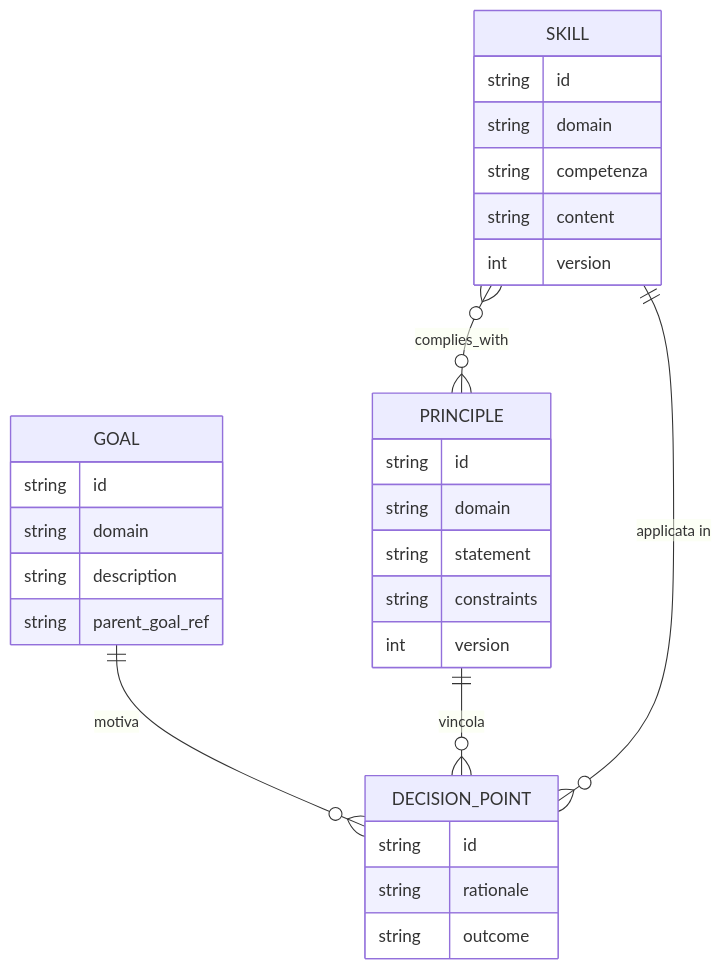
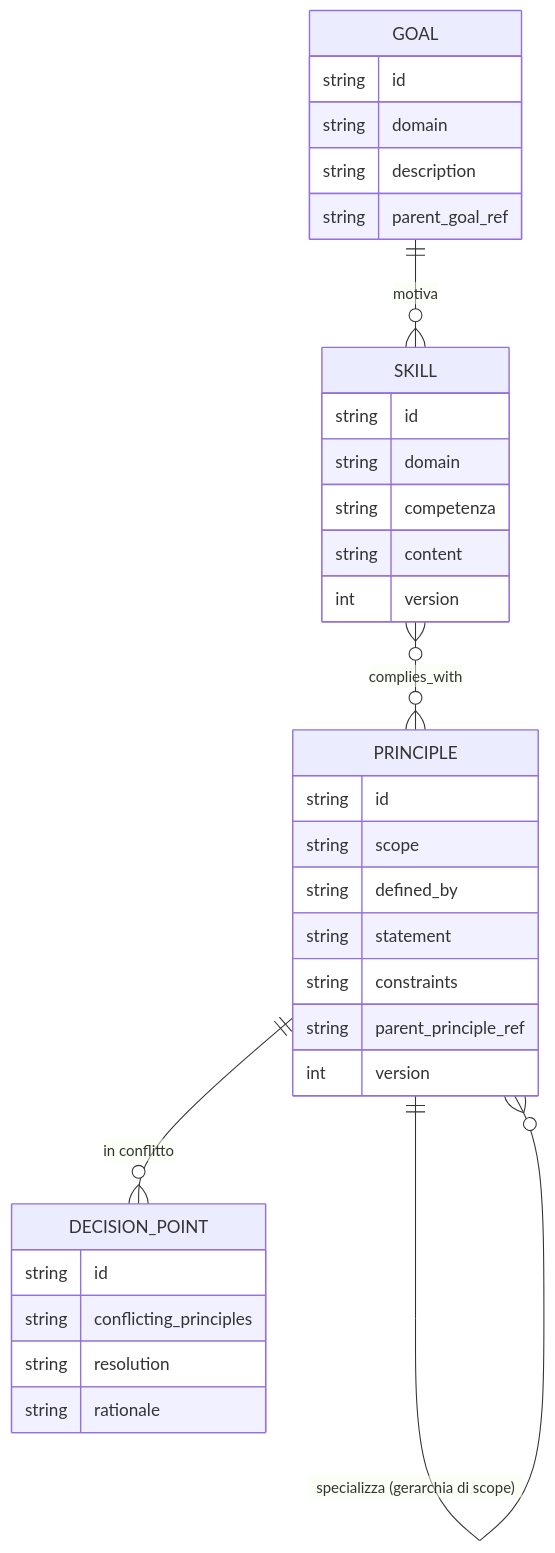
One commit to tiziano777/AI-Factory changed the second of 2 diagrams in ContextualMemoryMetagraph.md. Above: the diagram before and after it, drawn with Mermaid. The commit also changed other lines of this file, not shown here.

````diff
--- a/ContextualMemoryMetagraph.md
+++ b/ContextualMemoryMetagraph.md
@@ -73,33 +96,36 @@
 ```mermaid
 erDiagram
     GOAL {
         string id
         string domain
         string description
         string parent_goal_ref
     }
     PRINCIPLE {
         string id
-        string domain
+        string scope
+        string defined_by
         string statement
         string constraints
+        string parent_principle_ref
         int version
     }
     SKILL {
         string id
         string domain
         string competenza
         string content
         int version
     }
     DECISION_POINT {
         string id
+        string conflicting_principles
+        string resolution
         string rationale
-        string outcome
     }
 
-    GOAL ||--o{ DECISION_POINT : motiva
-    PRINCIPLE ||--o{ DECISION_POINT : vincola
-    SKILL ||--o{ DECISION_POINT : "applicata in"
+    GOAL ||--o{ SKILL : motiva
+    PRINCIPLE ||--o{ PRINCIPLE : "specializza (gerarchia di scope)"
+    PRINCIPLE ||--o{ DECISION_POINT : "in conflitto"
     SKILL }o--o{ PRINCIPLE : complies_with
 ```
````
